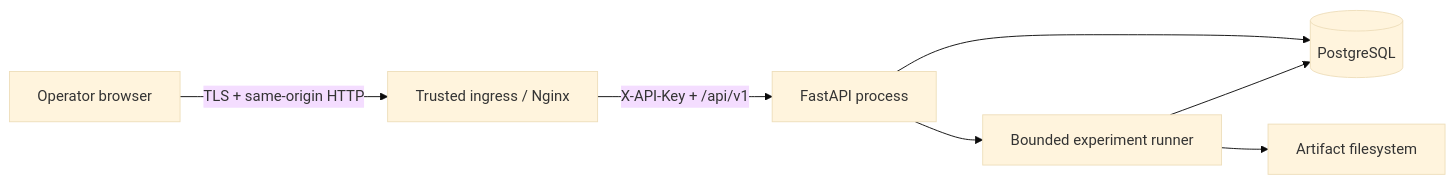
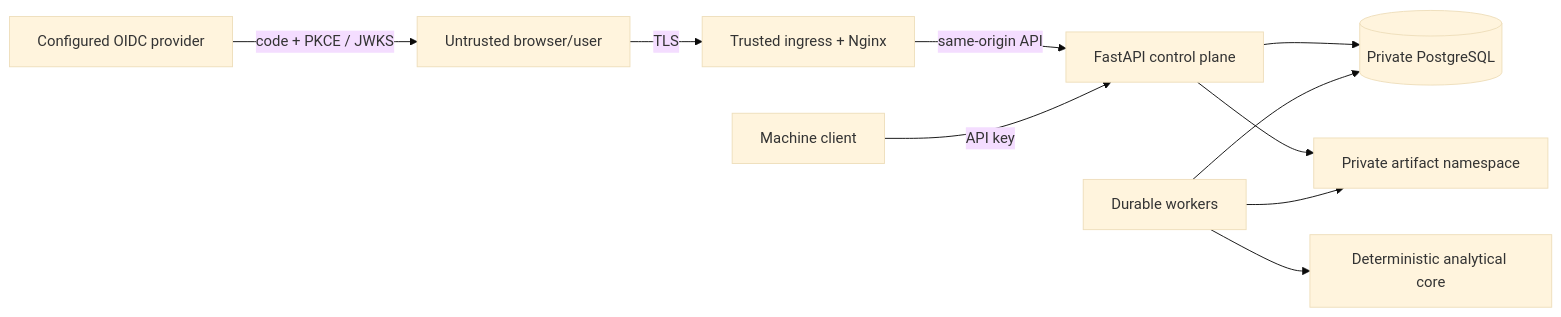
Before and after one commit to mfidalgomartins/OpenEnterprise-Twin: the diagram in docs/OpenEnterprise-Twin-threat-model.md, drawn with Mermaid (base theme). The commit also changed other lines of this file and 106 other files, not shown here.

First line of the commit message:
v0.6.0 — identity, tenant isolation and durable analytical jobs (#12)

````diff
--- a/docs/OpenEnterprise-Twin-threat-model.md
+++ b/docs/OpenEnterprise-Twin-threat-model.md
@@ -29,9 +28,12 @@
 ```mermaid
 flowchart LR
-    U["Operator browser"] -->|"TLS + same-origin HTTP"| E["Trusted ingress / Nginx"]
-    E -->|"X-API-Key + /api/v1"| A["FastAPI process"]
-    A --> R["Bounded experiment runner"]
-    A --> P[("PostgreSQL")]
-    R --> P
-    R --> F["Artifact filesystem"]
+    U["Untrusted browser/user"] -->|"TLS"| E["Trusted ingress + Nginx"]
+    I["Configured OIDC provider"] -->|"code + PKCE / JWKS"| U
+    E -->|"same-origin API"| A["FastAPI control plane"]
+    M["Machine client"] -->|"API key"| A
+    A --> P[("Private PostgreSQL")]
+    A --> F["Private artifact namespace"]
+    W["Durable workers"] --> P
+    W --> F
+    W --> K["Deterministic analytical core"]
 ```
````
